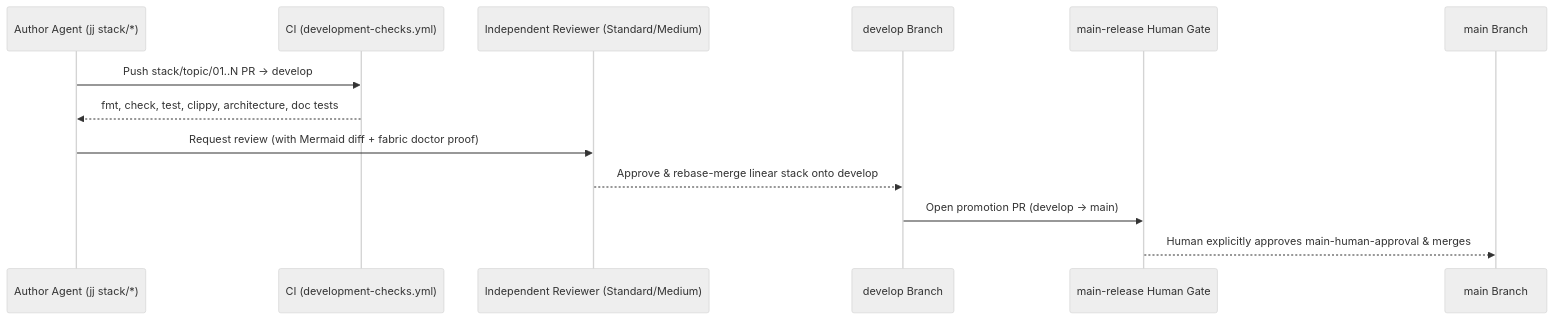
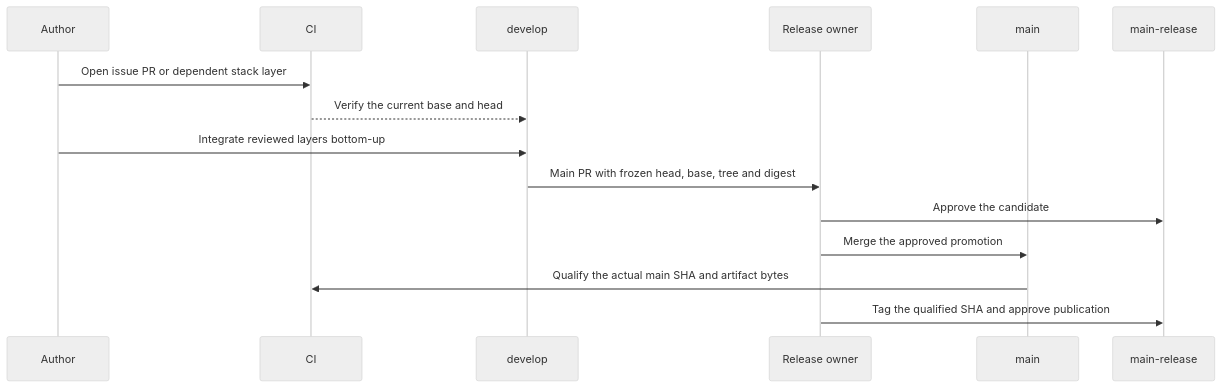
One commit to kmosoti/FabricO11y changed the sixth of 11 diagrams in docs/architecture.md. Above: the diagram before and after it, drawn with Mermaid (neutral theme). The commit also changed other lines of this file and 16 other files, not shown here.

Commit message:
ci: verify develop integration and human release promotion

````diff
--- a/docs/architecture.md
+++ b/docs/architecture.md
@@ -171,16 +190,17 @@
 ```mermaid
 sequenceDiagram
-    participant Author as Author Agent (jj stack/*)
-    participant CI as CI (development-checks.yml)
-    participant Reviewer as Independent Reviewer (Standard/Medium)
-    participant Develop as develop Branch
-    participant Gate as main-release Human Gate
-    participant Main as main Branch
-
-    Author->>CI: Push stack/topic/01..N PR -> develop
-    CI-->>Author: fmt, check, test, clippy, architecture, doc tests
-    Author->>Reviewer: Request review (with Mermaid diff + fabric doctor proof)
-    Reviewer-->>Develop: Approve & rebase-merge linear stack onto develop
-    Develop->>Gate: Open promotion PR (develop -> main)
-    Gate-->>Main: Human explicitly approves main-human-approval & merges
+    participant Author
+    participant CI
+    participant Develop as develop
+    participant Owner as Release owner
+    participant Main as main
+    participant Gate as main-release
+    Author->>CI: Open issue PR or dependent stack layer
+    CI-->>Develop: Verify the current base and head
+    Author->>Develop: Integrate reviewed layers bottom-up
+    Develop->>Owner: Main PR with frozen head, base, tree and digest
+    Owner->>Gate: Approve the candidate
+    Owner->>Main: Merge the approved promotion
+    Main->>CI: Qualify the actual main SHA and artifact bytes
+    Owner->>Gate: Tag the qualified SHA and approve publication
 ```
````
